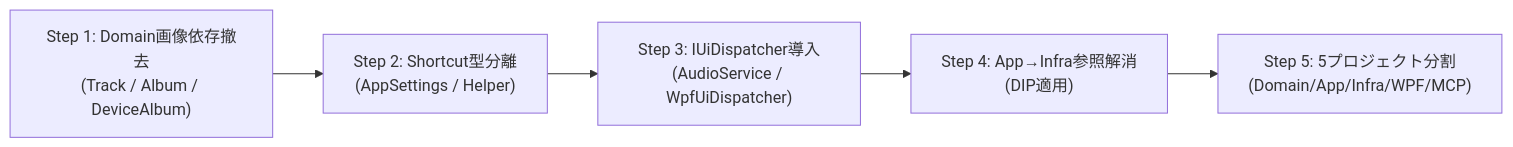
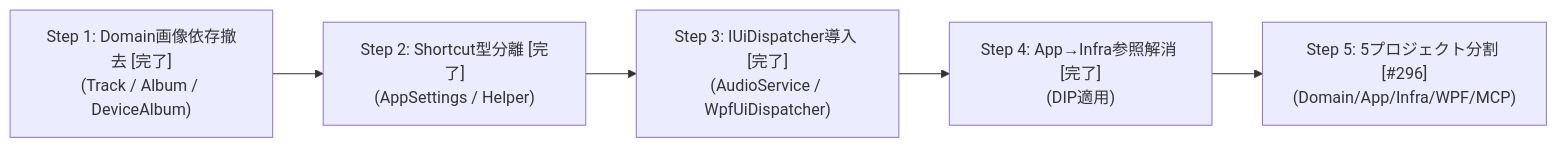
Before and after one commit to taketonnbo/Audio_Effector: the fourth of 4 diagrams in 設計/詳細設計/アーキテクチャ/アーキテクチャ全体設計書.md, drawn with Mermaid. The commit also changed other lines of this file and 3 other files, not shown here.

````diff
--- a/設計/詳細設計/アーキテクチャ/アーキテクチャ全体設計書.md
+++ b/設計/詳細設計/アーキテクチャ/アーキテクチャ全体設計書.md
@@ -212,7 +213,7 @@
 ```mermaid
 flowchart LR
-    S1["Step 1: Domain画像依存撤去<br/>(Track / Album / DeviceAlbum)"] --> S2["Step 2: Shortcut型分離<br/>(AppSettings / Helper)"]
-    S2 --> S3["Step 3: IUiDispatcher導入<br/>(AudioService / WpfUiDispatcher)"]
-    S3 --> S4["Step 4: App→Infra参照解消<br/>(DIP適用)"]
-    S4 --> S5["Step 5: 5プロジェクト分割<br/>(Domain/App/Infra/WPF/MCP)"]
+    S1["Step 1: Domain画像依存撤去 [完了]<br/>(Track / Album / DeviceAlbum)"] --> S2["Step 2: Shortcut型分離 [完了]<br/>(AppSettings / Helper)"]
+    S2 --> S3["Step 3: IUiDispatcher導入 [完了]<br/>(AudioService / WpfUiDispatcher)"]
+    S3 --> S4["Step 4: App→Infra参照解消 [完了]<br/>(DIP適用)"]
+    S4 --> S5["Step 5: 5プロジェクト分割 [#296]<br/>(Domain/App/Infra/WPF/MCP)"]
 ```
````
